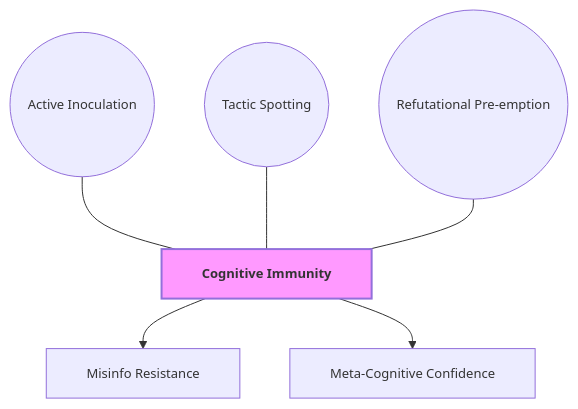
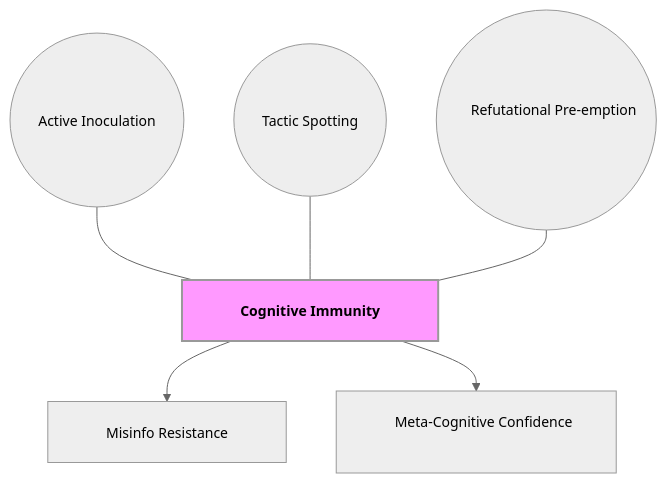
Before and after one commit to GM024/CourseSummaries: the seventh of 7 diagrams in Communication_Influence/Mastery_Guide_SOW_BS033.md, drawn with Mermaid. The commit also changed other lines of this file, not shown here.

Commit message:
Final GitHub-Bulletproof Encyclopedia: Fixed alignment, 14px native font, and 150w+ APA Figure descriptions

````diff
--- a/Communication_Influence/Mastery_Guide_SOW_BS033.md
+++ b/Communication_Influence/Mastery_Guide_SOW_BS033.md
@@ -366,14 +283,14 @@
 ```mermaid
-%%{init: { 'flowchart': { 'padding': 15, 'nodeSpacing': 50, 'rankSpacing': 50, 'curve': 'basis' }, 'themeVariables': { 'fontSize': '13px' }}}%%
+%%{init: { 'flowchart': { 'padding': 20, 'nodeSpacing': 50, 'rankSpacing': 50, 'useMaxWidth': false }, 'theme': 'neutral', 'themeVariables': { 'fontSize': '14px' }}}%%
 graph TD
-    Hub["&nbsp;&nbsp; Cognitive Immunity &nbsp;&nbsp;"]:::hubNode
+    Hub["&nbsp;&nbsp;&nbsp;&nbsp; Cognitive Immunity &nbsp;&nbsp;&nbsp;&nbsp;"]:::hubNode
     
-    S1(("&nbsp;&nbsp; Active Inoculation &nbsp;&nbsp;")) --- Hub
-    S2(("&nbsp;&nbsp; Tactic Spotting &nbsp;&nbsp;")) --- Hub
-    S3(("&nbsp;&nbsp; Refutational Pre-emption &nbsp;&nbsp;")) --- Hub
+    S1(("&nbsp;&nbsp;&nbsp;&nbsp; Active Inoculation &nbsp;&nbsp;&nbsp;&nbsp;")) --- Hub
+    S2(("&nbsp;&nbsp;&nbsp;&nbsp; Tactic Spotting &nbsp;&nbsp;&nbsp;&nbsp;")) --- Hub
+    S3(("&nbsp;&nbsp;&nbsp;&nbsp; Refutational Pre-emption &nbsp;&nbsp;&nbsp;&nbsp;")) --- Hub
     
-    Hub --> B1["&nbsp;&nbsp; Misinfo Resistance &nbsp;&nbsp;"]
-    Hub --> B2["&nbsp;&nbsp; Meta-Cognitive Confidence &nbsp;&nbsp;"]
+    Hub --> B1["&nbsp;&nbsp;&nbsp;&nbsp; Misinfo Resistance &nbsp;&nbsp;&nbsp;&nbsp;"]
+    Hub --> B2["&nbsp;&nbsp;&nbsp;&nbsp; Meta-Cognitive Confidence &nbsp;&nbsp;&nbsp;&nbsp;"]
     
     classDef hubNode font-weight:bold,stroke-width:2px,fill:#f9f;
 ```
````
